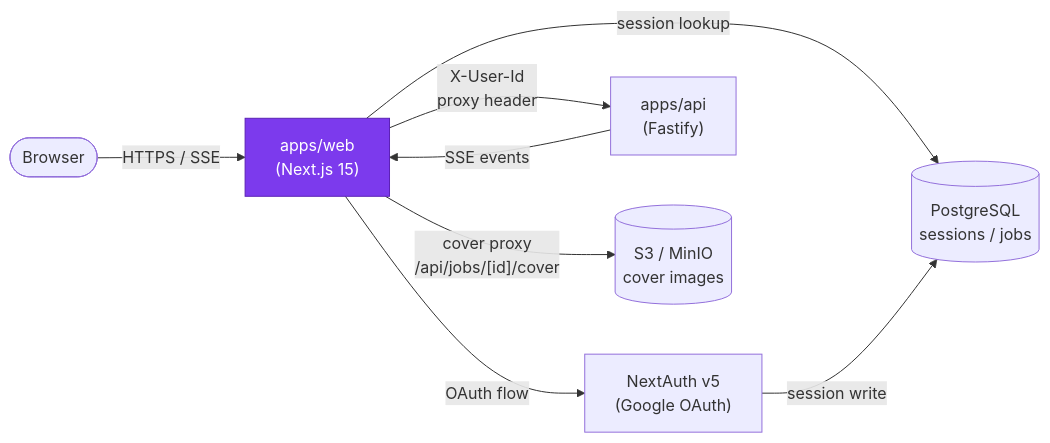
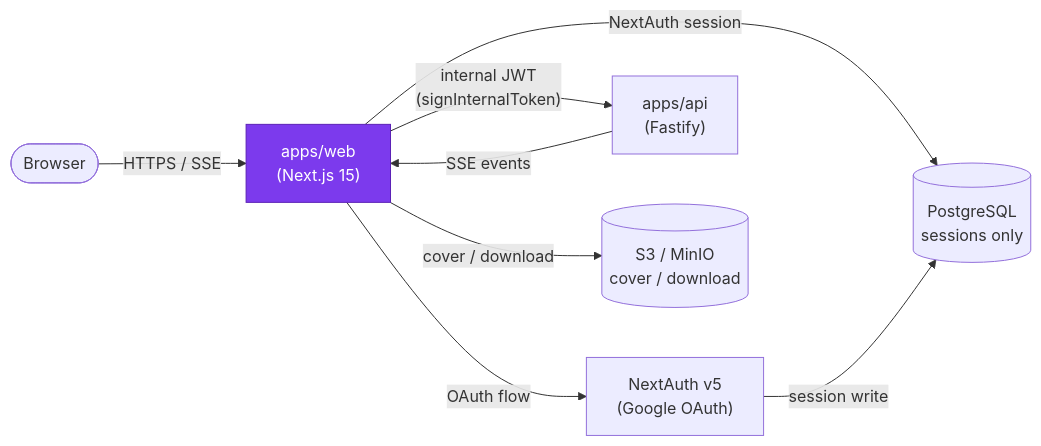
Before and after one commit to chadcoco1444/PromptDemo: the diagram in apps/web/DESIGN.md, drawn with Mermaid. The commit also changed other lines of this file and 3 other files, not shown here.

First line of the commit message:
docs: sync DESIGN.md to Spec 3 architecture; add CLAUDE.md update rule

````diff
--- a/apps/web/DESIGN.md
+++ b/apps/web/DESIGN.md
@@ -12,19 +14,19 @@
 ```mermaid
 graph LR
     Browser([Browser])
     Web["apps/web\n(Next.js 15)"]
     Auth["NextAuth v5\n(Google OAuth)"]
     API["apps/api\n(Fastify)"]
-    DB[(PostgreSQL\nsessions / jobs)]
-    S3[(S3 / MinIO\ncover images)]
+    DB[(PostgreSQL\nsessions only)]
+    S3[(S3 / MinIO\ncover / download)]
 
     Browser -- "HTTPS / SSE" --> Web
-    Web -- "session lookup" --> DB
+    Web -- "NextAuth session" --> DB
     Web -- "OAuth flow" --> Auth
     Auth -- "session write" --> DB
-    Web -- "X-User-Id\nproxy header" --> API
+    Web -- "internal JWT\n(signInternalToken)" --> API
     API -- "SSE events" --> Web
-    Web -- "cover proxy\n/api/jobs/[id]/cover" --> S3
+    Web -- "cover / download" --> S3
 
     style Web fill:#7c3aed,color:#fff,stroke:#5b21b6
 ```
````
